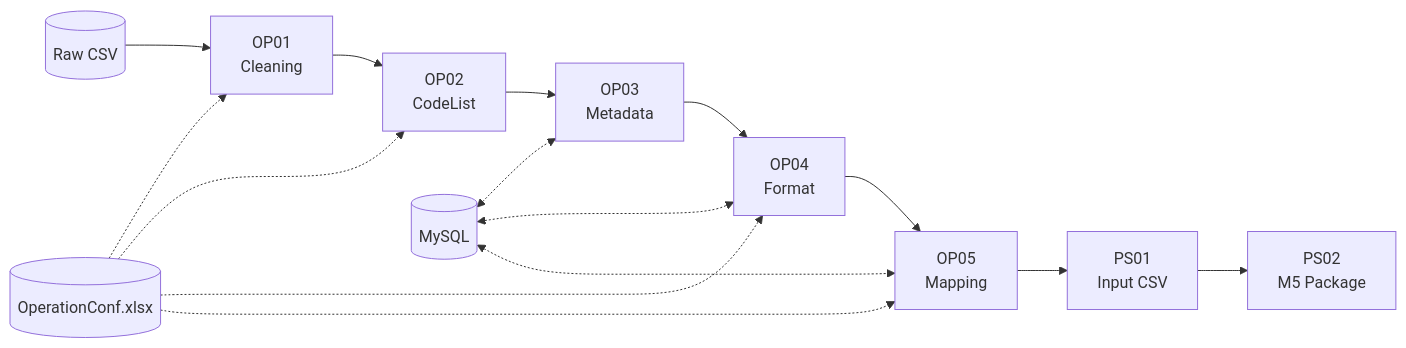
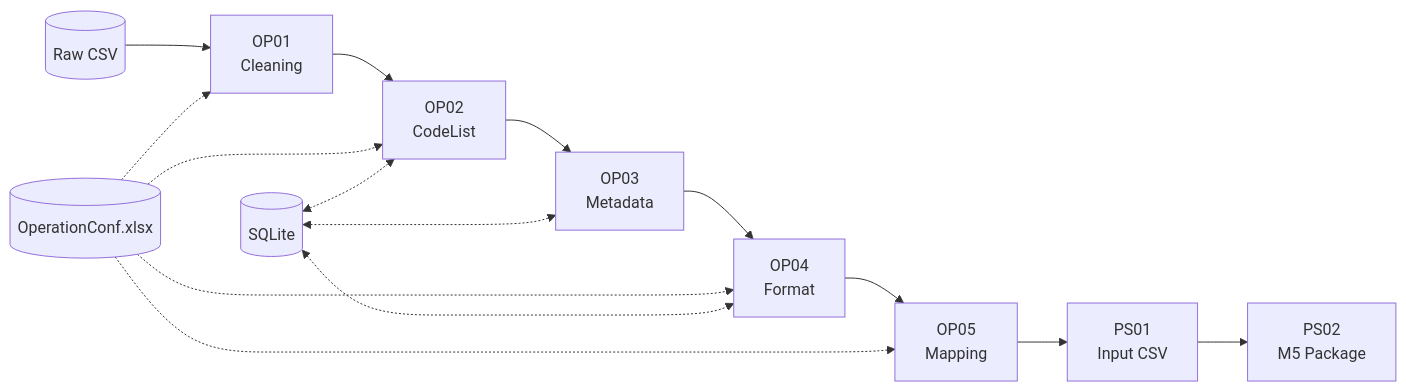
Before and after one commit to hakupao/SDTM-Mapping-System: the diagram in README.md, drawn with Mermaid. The commit also changed other lines of this file and 10 other files, not shown here.

Commit message:
feat(db): default to SQLite; MySQL becomes optional

````diff
--- a/README.md
+++ b/README.md
@@ -114,6 +114,6 @@
 ```mermaid
 graph LR
     A[("Raw CSV")] --> B["OP01<br/>Cleaning"] --> C["OP02<br/>CodeList"] --> D["OP03<br/>Metadata"] --> E["OP04<br/>Format"] --> F["OP05<br/>Mapping"] --> G["PS01<br/>Input CSV"] --> H["PS02<br/>M5 Package"]
     J[("OperationConf.xlsx")] -.-> B & C & E & F
-    K[("MySQL")] <-.-> D & E & F
+    K[("SQLite")] <-.-> C & D & E
 ```
````
